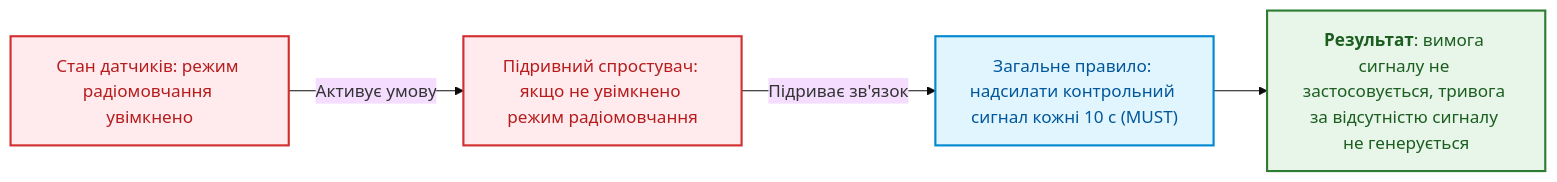
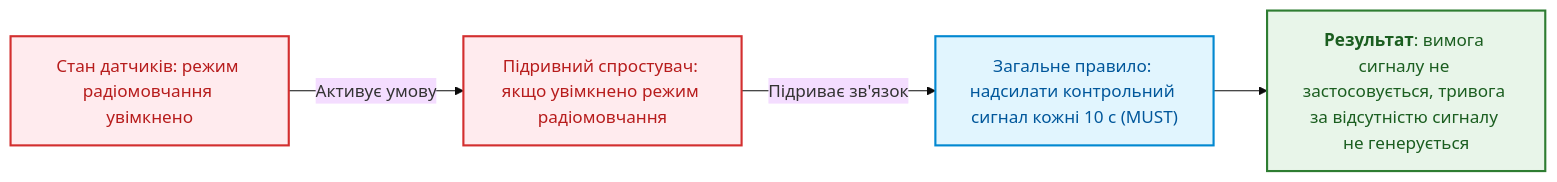
One commit to nick-fedchik/articles changed the fourth of 5 diagrams in ExpertSystem/ch31-syllogistic-reasoning-and-relation-lattices.md. Above: the diagram before and after it, drawn with Mermaid (base theme). The commit also changed other lines of this file and 2 other files, not shown here.

Commit message:
docs: add English and German translations for Chapter 31, fix inverted negation in defeater diagram and Ukrainian phrasing

````diff
--- a/ExpertSystem/ch31-syllogistic-reasoning-and-relation-lattices.md
+++ b/ExpertSystem/ch31-syllogistic-reasoning-and-relation-lattices.md
@@ -386,21 +386,21 @@
 ```mermaid
 flowchart LR
     accTitle: Схема активації підривного спростувача
     accDescr: Умова винятку нейтралізує зв'язок між правилом і обов'язком дії.
 
     RULE["Загальне правило: надсилати контрольний сигнал кожні 10 с (MUST)"]
-    DEF["Підривний спростувач: якщо не увімкнено режим радіомовчання"]
+    DEF["Підривний спростувач: якщо увімкнено режим радіомовчання"]
     ENV["Стан датчиків: режим радіомовчання увімкнено"]
 
     ENV -->|"Активує умову"| DEF
     DEF -->|"Підриває зв'язок"| RULE
     RULE --> RES["<b>Результат</b>: вимога сигналу не застосовується, тривога за відсутністю сигналу не генерується"]
 
     classDef r fill:#e1f5fe,stroke:#0288d1,stroke-width:2px,color:#01579b;
     classDef d fill:#ffebee,stroke:#d32f2f,stroke-width:2px,color:#b71c1c;
     classDef res fill:#e8f5e9,stroke:#2e7d32,stroke-width:2px,color:#1b5e20;
 
     class RULE r;
     class DEF,ENV d;
     class RES res;
 ```
````
